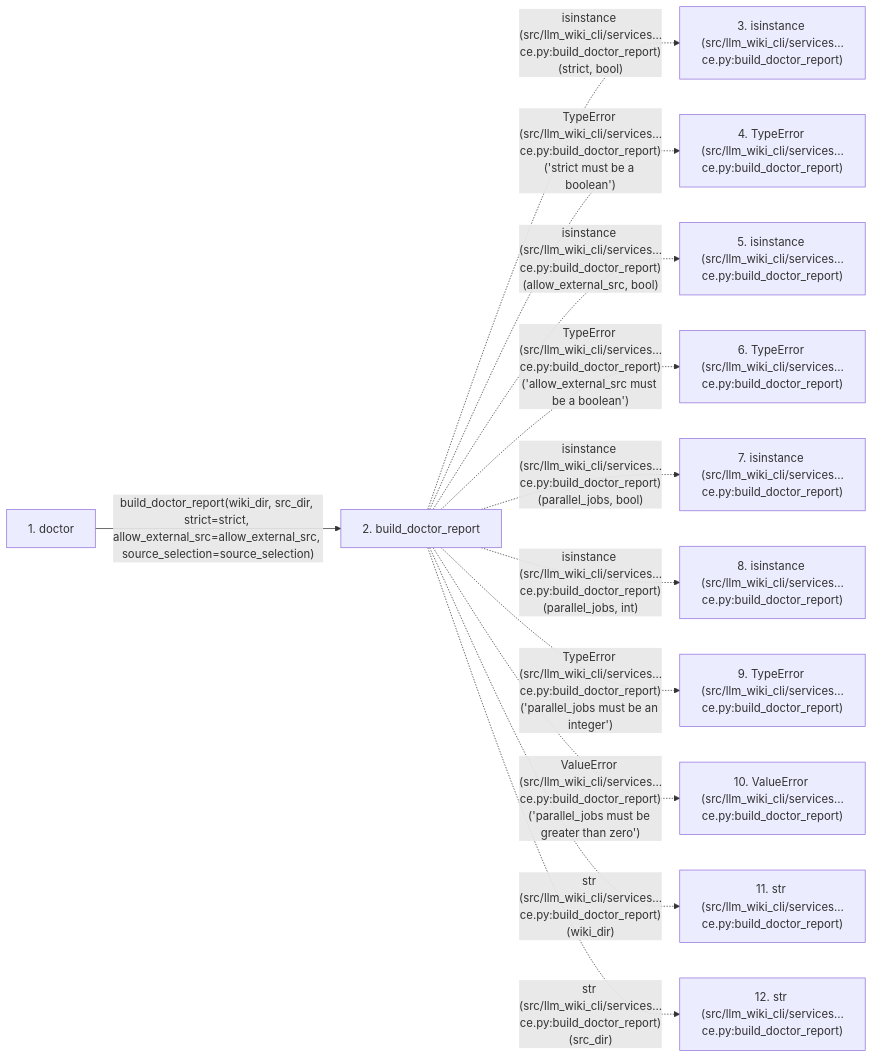
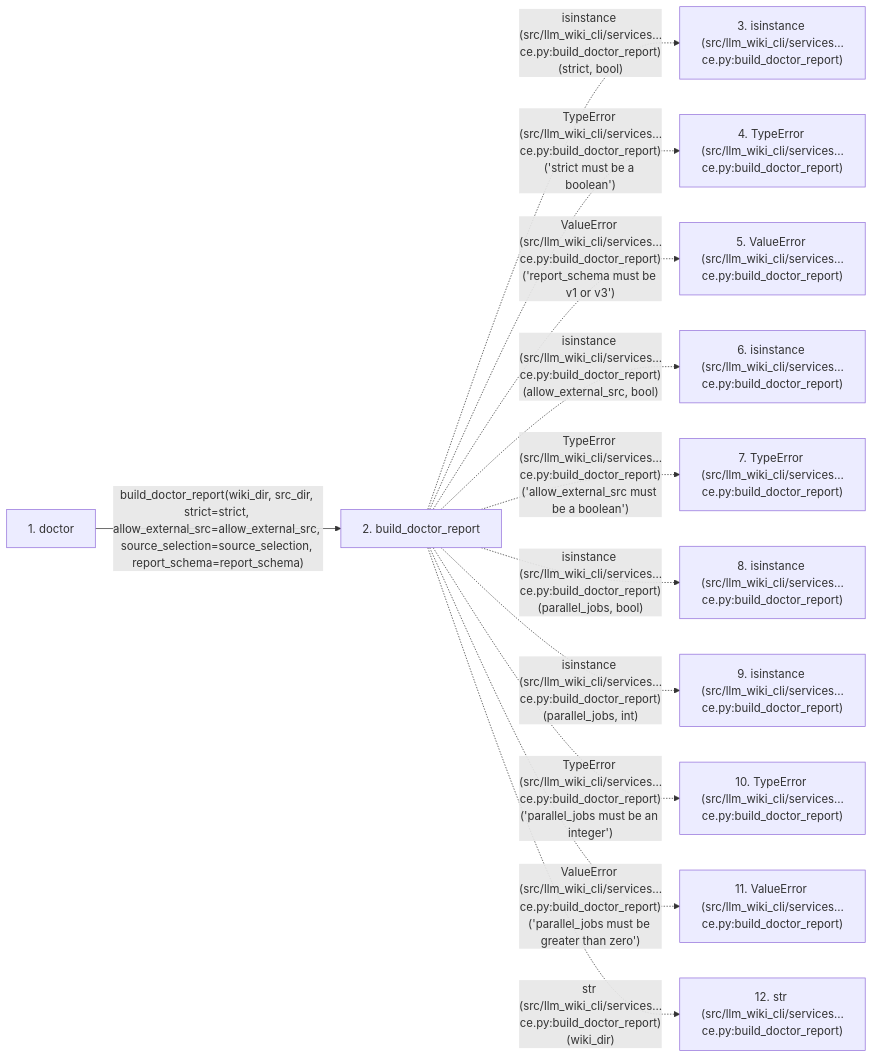
One commit to Denissvgn/python-wiki-llm changed the second of 2 diagrams in docs/llm_wiki/flows/api-doctor.md. Above: the diagram before and after it, drawn with Mermaid. The commit also changed other lines of this file and 463 other files, not shown here.

Commit message:
docs(wiki): synchronize captured health report contracts

````diff
--- a/docs/llm_wiki/flows/api-doctor.md
+++ b/docs/llm_wiki/flows/api-doctor.md
@@ -114,28 +117,28 @@
 ```mermaid
 flowchart LR
     s1["1. doctor"]
     s2["2. build_doctor_report"]
     s3["3. isinstance (src/llm_wiki_cli/services…ce.py:build_doctor_report)"]
     s4["4. TypeError (src/llm_wiki_cli/services…ce.py:build_doctor_report)"]
-    s5["5. isinstance (src/llm_wiki_cli/services…ce.py:build_doctor_report)"]
-    s6["6. TypeError (src/llm_wiki_cli/services…ce.py:build_doctor_report)"]
-    s7["7. isinstance (src/llm_wiki_cli/services…ce.py:build_doctor_report)"]
+    s5["5. ValueError (src/llm_wiki_cli/services…ce.py:build_doctor_report)"]
+    s6["6. isinstance (src/llm_wiki_cli/services…ce.py:build_doctor_report)"]
+    s7["7. TypeError (src/llm_wiki_cli/services…ce.py:build_doctor_report)"]
     s8["8. isinstance (src/llm_wiki_cli/services…ce.py:build_doctor_report)"]
-    s9["9. TypeError (src/llm_wiki_cli/services…ce.py:build_doctor_report)"]
-    s10["10. ValueError (src/llm_wiki_cli/services…ce.py:build_doctor_report)"]
-    s11["11. str (src/llm_wiki_cli/services…ce.py:build_doctor_report)"]
+    s9["9. isinstance (src/llm_wiki_cli/services…ce.py:build_doctor_report)"]
+    s10["10. TypeError (src/llm_wiki_cli/services…ce.py:build_doctor_report)"]
+    s11["11. ValueError (src/llm_wiki_cli/services…ce.py:build_doctor_report)"]
     s12["12. str (src/llm_wiki_cli/services…ce.py:build_doctor_report)"]
-    s1 -->|"build_doctor_report(wiki_dir, src_dir, strict=strict, allow_external_src=allow_external_src, source_selection=source_selection)"| s2
+    s1 -->|"build_doctor_report(wiki_dir, src_dir, strict=strict, allow_external_src=allow_external_src, source_selection=source_selection, report_schema=report_schema)"| s2
     s2 -. "isinstance (src/llm_wiki_cli/services…ce.py:build_doctor_report)(strict, bool)" .-> s3
     s2 -. "TypeError (src/llm_wiki_cli/services…ce.py:build_doctor_report)('strict must be a boolean')" .-> s4
-    s2 -. "isinstance (src/llm_wiki_cli/services…ce.py:build_doctor_report)(allow_external_src, bool)" .-> s5
-    s2 -. "TypeError (src/llm_wiki_cli/services…ce.py:build_doctor_report)('allow_external_src must be a boolean')" .-> s6
-    s2 -. "isinstance (src/llm_wiki_cli/services…ce.py:build_doctor_report)(parallel_jobs, bool)" .-> s7
-    s2 -. "isinstance (src/llm_wiki_cli/services…ce.py:build_doctor_report)(parallel_jobs, int)" .-> s8
-    s2 -. "TypeError (src/llm_wiki_cli/services…ce.py:build_doctor_report)('parallel_jobs must be an integer')" .-> s9
-    s2 -. "ValueError (src/llm_wiki_cli/services…ce.py:build_doctor_report)('parallel_jobs must be greater than zero')" .-> s10
-    s2 -. "str (src/llm_wiki_cli/services…ce.py:build_doctor_report)(wiki_dir)" .-> s11
-    s2 -. "str (src/llm_wiki_cli/services…ce.py:build_doctor_report)(src_dir)" .-> s12
+    s2 -. "ValueError (src/llm_wiki_cli/services…ce.py:build_doctor_report)('report_schema must be v1 or v3')" .-> s5
+    s2 -. "isinstance (src/llm_wiki_cli/services…ce.py:build_doctor_report)(allow_external_src, bool)" .-> s6
+    s2 -. "TypeError (src/llm_wiki_cli/services…ce.py:build_doctor_report)('allow_external_src must be a boolean')" .-> s7
+    s2 -. "isinstance (src/llm_wiki_cli/services…ce.py:build_doctor_report)(parallel_jobs, bool)" .-> s8
+    s2 -. "isinstance (src/llm_wiki_cli/services…ce.py:build_doctor_report)(parallel_jobs, int)" .-> s9
+    s2 -. "TypeError (src/llm_wiki_cli/services…ce.py:build_doctor_report)('parallel_jobs must be an integer')" .-> s10
+    s2 -. "ValueError (src/llm_wiki_cli/services…ce.py:build_doctor_report)('parallel_jobs must be greater than zero')" .-> s11
+    s2 -. "str (src/llm_wiki_cli/services…ce.py:build_doctor_report)(wiki_dir)" .-> s12
     click s1 "../modules/api.md"
     click s2 "../modules/doctor_service.md"
 ```
````
